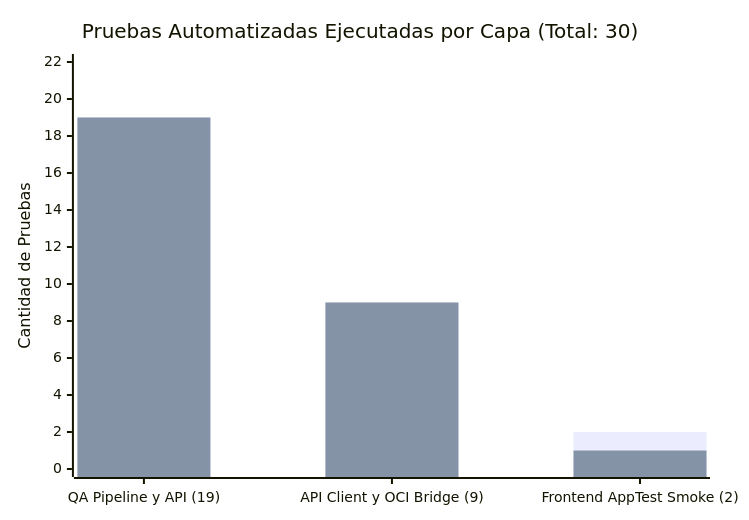
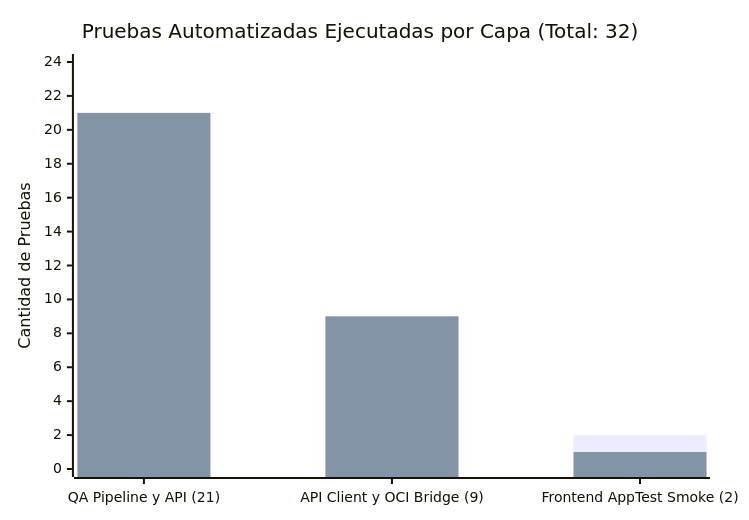
The second of 3 diagrams in docs/relatorio-qa-evidencias.es.md (No-Country-simulation/G10-BRASIL-equipo-26), drawn with Mermaid before and after one commit. The commit also changed other lines of this file and 19 other files, not shown here.

````diff
--- a/docs/relatorio-qa-evidencias.es.md
+++ b/docs/relatorio-qa-evidencias.es.md
@@ -30,8 +30,8 @@
 ```mermaid
 xychart-beta
-    title "Pruebas Automatizadas Ejecutadas por Capa (Total: 30)"
-    x-axis ["QA Pipeline y API (19)", "API Client y OCI Bridge (9)", "Frontend AppTest Smoke (2)"]
-    y-axis "Cantidad de Pruebas" 0 --> 22
-    bar [19, 9, 2]
-    bar [19, 9, 1]
+    title "Pruebas Automatizadas Ejecutadas por Capa (Total: 32)"
+    x-axis ["QA Pipeline y API (21)", "API Client y OCI Bridge (9)", "Frontend AppTest Smoke (2)"]
+    y-axis "Cantidad de Pruebas" 0 --> 24
+    bar [21, 9, 2]
+    bar [21, 9, 1]
 ```
````
